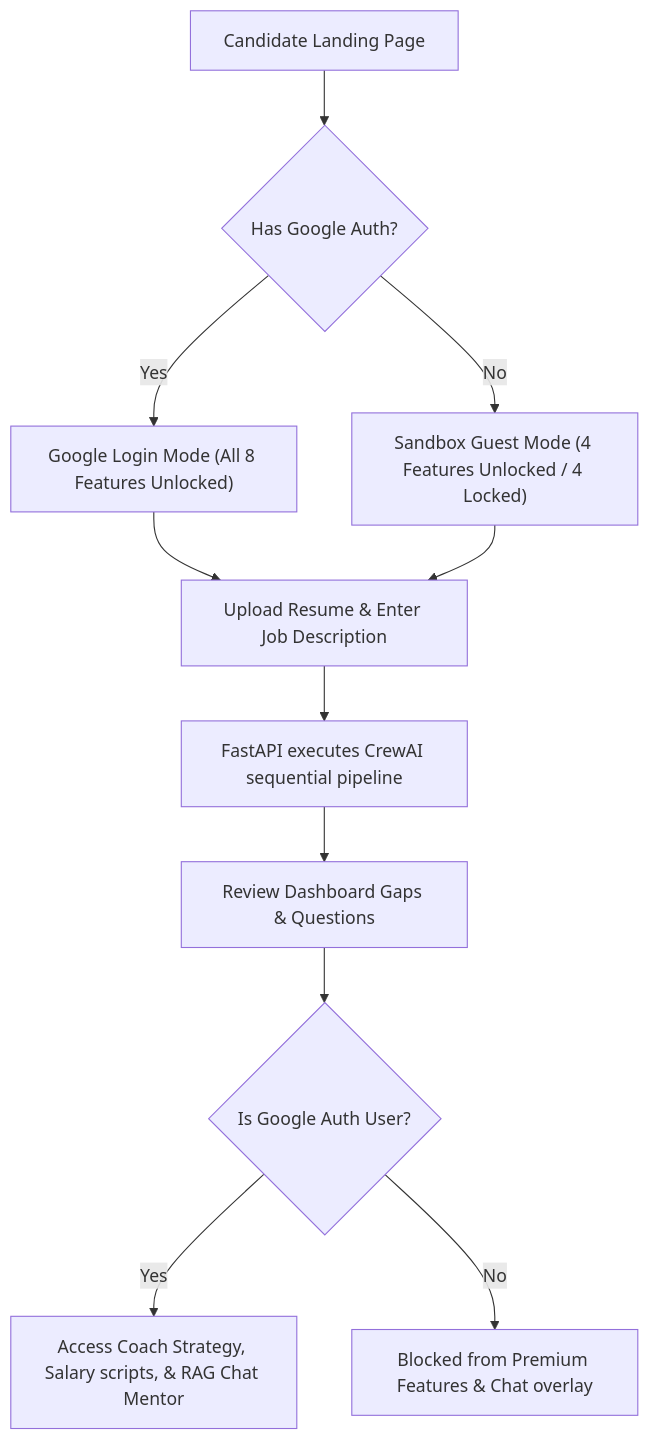
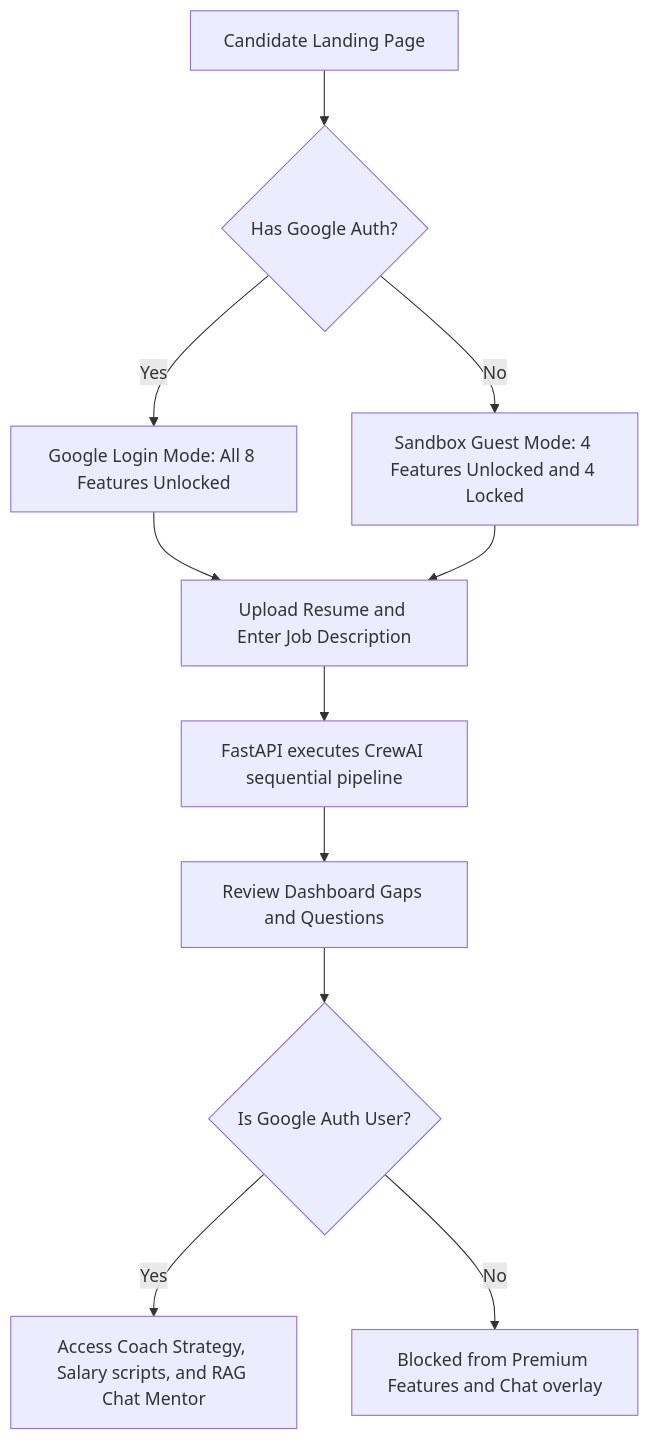
One commit to Deepak-DPK/career-command-center-backend changed the fourth of 4 diagrams in DIAGRAMS.md. Above: the diagram before and after it, drawn with Mermaid. The commit also changed other lines of this file, not shown here.

Commit message:
fix(docs): fix Mermaid parenthesis syntax errors and add copy-pasteable Eraser.io diagram code prompts

````diff
--- a/DIAGRAMS.md
+++ b/DIAGRAMS.md
@@ -72,14 +72,14 @@
 ```mermaid
 graph TD
     A["Candidate Landing Page"] --> B{"Has Google Auth?"}
-    B -->|Yes| C["Google Login Mode (All 8 Features Unlocked)"]
-    B -->|No| D["Sandbox Guest Mode (4 Features Unlocked / 4 Locked)"]
+    B -->|Yes| C["Google Login Mode: All 8 Features Unlocked"]
+    B -->|No| D["Sandbox Guest Mode: 4 Features Unlocked and 4 Locked"]
     
-    C & D --> E["Upload Resume & Enter Job Description"]
+    C & D --> E["Upload Resume and Enter Job Description"]
     E --> F["FastAPI executes CrewAI sequential pipeline"]
     
-    F --> G["Review Dashboard Gaps & Questions"]
+    F --> G["Review Dashboard Gaps and Questions"]
     G --> H{"Is Google Auth User?"}
-    H -->|Yes| I["Access Coach Strategy, Salary scripts, & RAG Chat Mentor"]
-    H -->|No| J["Blocked from Premium Features & Chat overlay"]
+    H -->|Yes| I["Access Coach Strategy, Salary scripts, and RAG Chat Mentor"]
+    H -->|No| J["Blocked from Premium Features and Chat overlay"]
 ```
````
